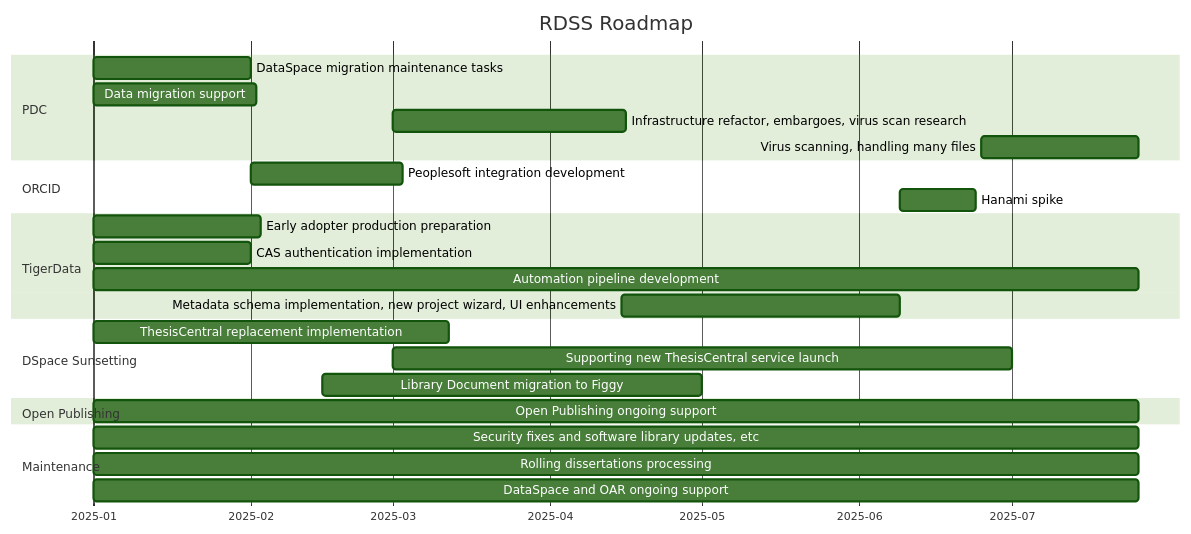
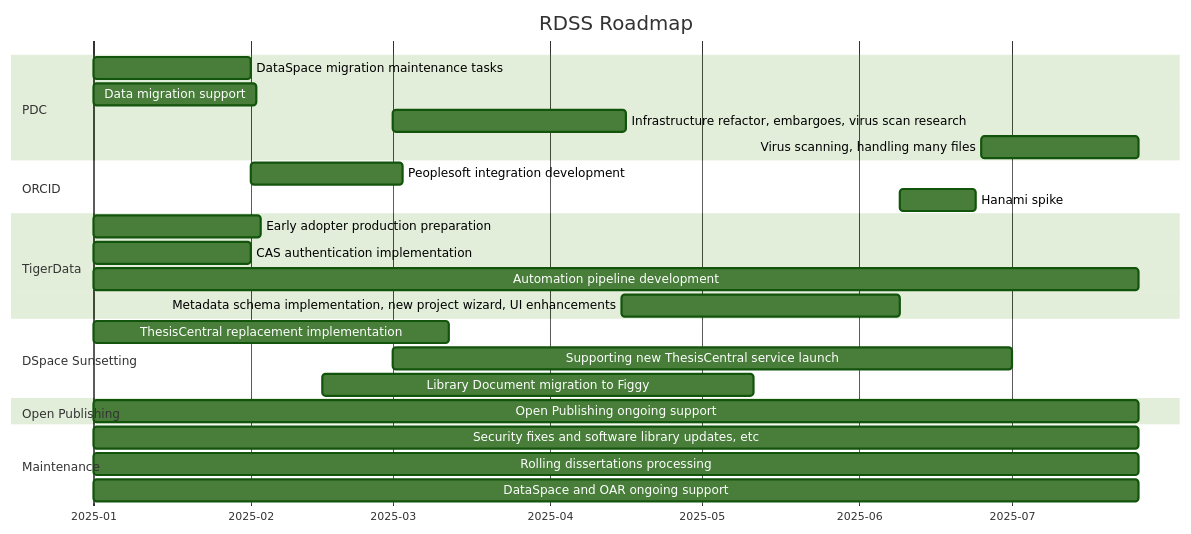
Before and after one commit to pulibrary/rdss-handbook: the diagram in roadmap.md, drawn with Mermaid (forest theme).

Commit message:
Update roadmap.md (#331)
Adjusted roadmap per sprint wrap-up discussion.

````diff
--- a/roadmap.md
+++ b/roadmap.md
@@ -5,29 +5,29 @@
 ```mermaid
 gantt
     title RDSS Roadmap
     axisFormat  %Y-%m
     dateformat YYYY-MM
     section PDC
     DataSpace migration maintenance tasks: pd1,2025-01-01,31d
     Data migration support: pd2,2025-01-01,32d
     Infrastructure refactor, embargoes, virus scan research: pd3, 2025-03-01, 46d
     Virus scanning, handling many files: pd5, 2025-06-25, 31d
     section ORCID
     Peoplesoft integration development: or1,2025-02-01,30d
     Hanami spike: 2025-06-09, 15d
     section TigerData
     Early adopter production preparation: td1,2025-01-01,33d
     CAS authentication implementation: td2,2025-01-01,31d
     Automation pipeline development: td3,2025-01-01,206d 
     Metadata schema implementation, new project wizard, UI enhancements: td4, 2025-04-15,55d
     section DSpace Sunsetting
     ThesisCentral replacement implementation: dsps1,2025-01-01,70d
     Supporting new ThesisCentral service launch: dsps2,2025-03-01,122d
-    Library Document migration to Figgy: dsps3,2025-02-15,75d
+    Library Document migration to Figgy: dsps3,2025-02-15,85d
     section Open Publishing
     Open Publishing ongoing support: dsp3,2025-01-01,206d
     section Maintenance
     Security fixes and software library updates, etc: dsp1,2025-01-01,206d
     Rolling dissertations processing: dsp2,2025-01-01,206d
     DataSpace and OAR ongoing support: dsp3,2025-01-01,206d
 ```
````
